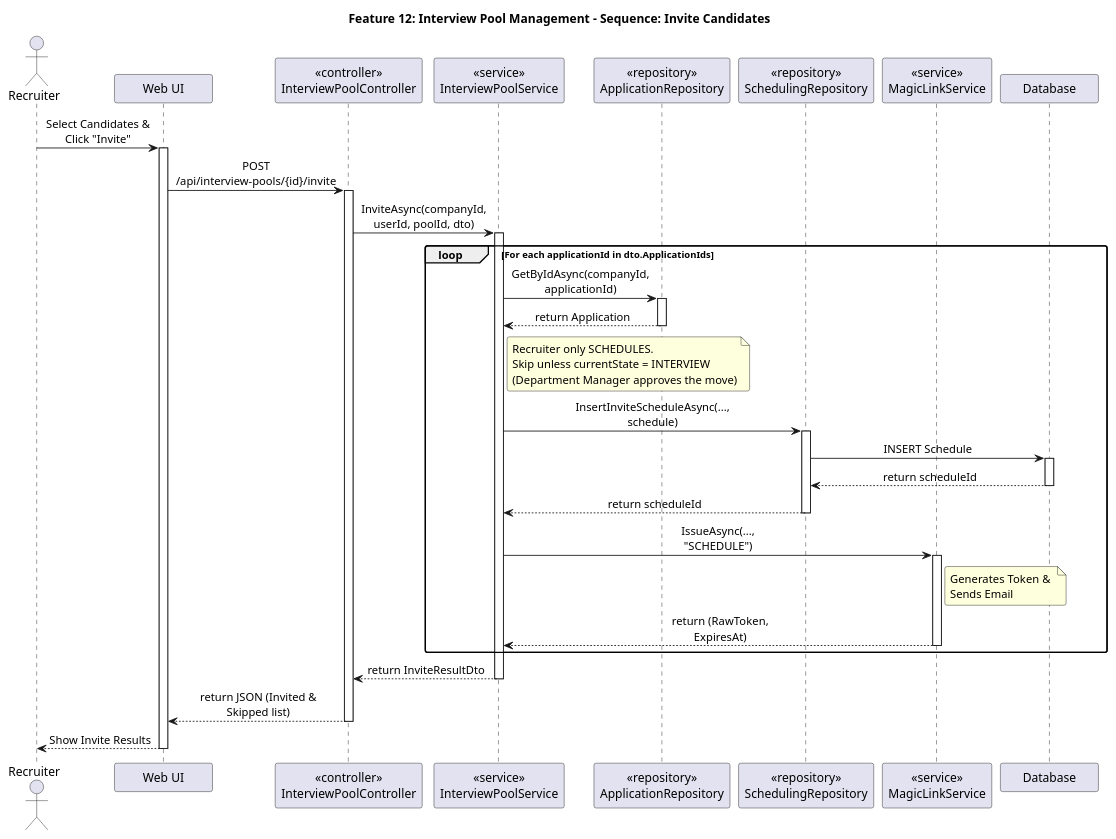
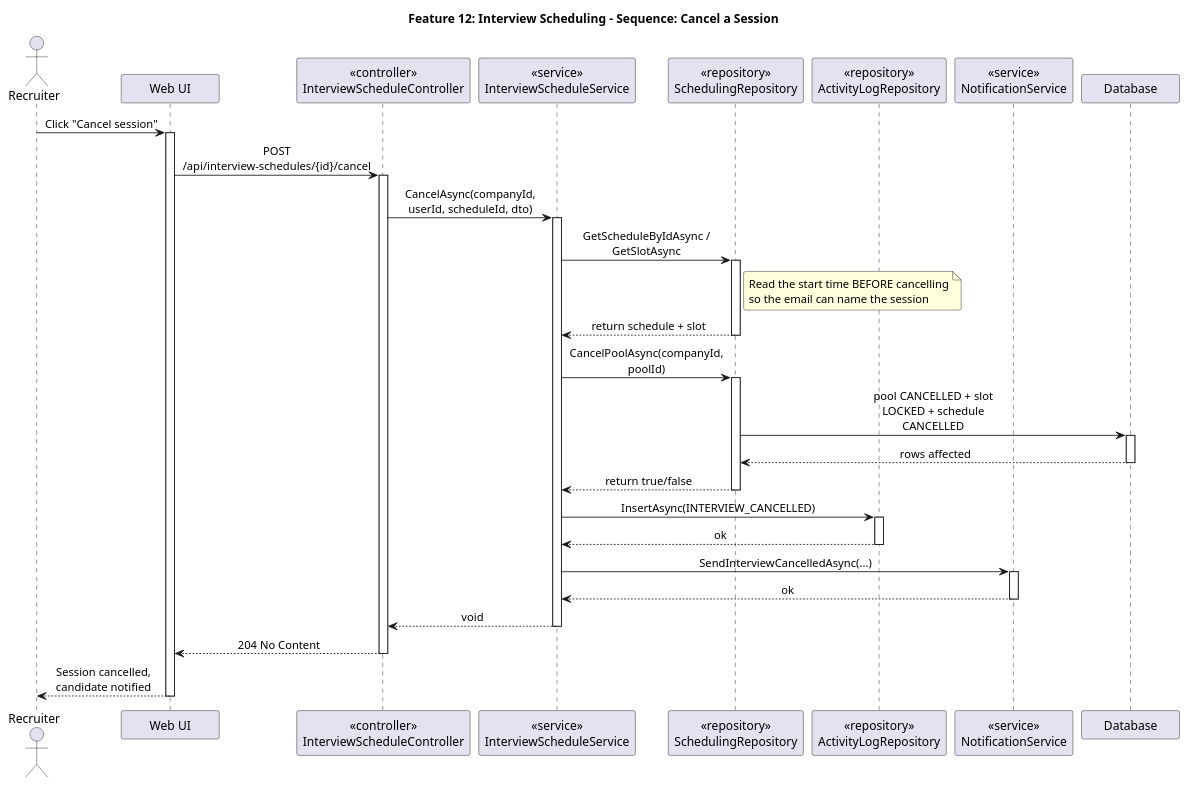
Before and after one commit to xXIOrehIXx/SRIS-Smart-Recruitment-and-Interview-System: the diagram in Development/backend/docs/features/feature12_seq_2.puml, drawn with PlantUML. The commit also changed 72 other files, not shown here.

First line of the commit message:
feat(pipeline): add Director role and drop candidate self-scheduling

```diff
--- a/Development/backend/docs/features/feature12_seq_2.puml
+++ b/Development/backend/docs/features/feature12_seq_2.puml
@@ -1,59 +1,60 @@
 @startuml Feature12_Seq_2
 skinparam maxMessageSize 150
 skinparam sequenceMessageAlign center
 skinparam roundcorner 5
 skinparam minClassWidth 100
 
-title **Feature 12: Interview Pool Management - Sequence: Invite Candidates**
+title **Feature 12: Interview Scheduling - Sequence: Cancel a Session**
 
 actor Recruiter
 participant "Web UI" as UI
-participant "<<controller>>\nInterviewPoolController" as Ctrl
-participant "<<service>>\nInterviewPoolService" as Svc
-participant "<<repository>>\nApplicationRepository" as AppRepo
+participant "<<controller>>\nInterviewScheduleController" as Ctrl
+participant "<<service>>\nInterviewScheduleService" as Svc
 participant "<<repository>>\nSchedulingRepository" as Repo
-participant "<<service>>\nMagicLinkService" as MagicLink
+participant "<<repository>>\nActivityLogRepository" as LogRepo
+participant "<<service>>\nNotificationService" as Notify
 participant "Database" as DB
 
-Recruiter -> UI: Select Candidates & Click "Invite"
+Recruiter -> UI: Click "Cancel session"
 activate UI
 
-UI -> Ctrl: POST /api/interview-pools/{id}/invite
+UI -> Ctrl: POST /api/interview-schedules/{id}/cancel
 activate Ctrl
 
-Ctrl -> Svc: InviteAsync(companyId, userId, poolId, dto)
+Ctrl -> Svc: CancelAsync(companyId, userId, scheduleId, dto)
 activate Svc
 
-loop For each applicationId in dto.ApplicationIds
-    Svc -> AppRepo: GetByIdAsync(companyId, applicationId)
-    activate AppRepo
-    AppRepo --> Svc: return Application
-    deactivate AppRepo
+Svc -> Repo: GetScheduleByIdAsync / GetSlotAsync
+activate Repo
+note right of Repo: Read the start time BEFORE cancelling\nso the email can name the session
+Repo --> Svc: return schedule + slot
+deactivate Repo
 
-    note right of Svc: Recruiter only SCHEDULES.\nSkip unless currentState = INTERVIEW\n(Department Manager approves the move)
+Svc -> Repo: CancelPoolAsync(companyId, poolId)
+activate Repo
+Repo -> DB: pool CANCELLED + slot LOCKED + schedule CANCELLED
+activate DB
+DB --> Repo: rows affected
+deactivate DB
+Repo --> Svc: return true/false
+deactivate Repo
 
-    Svc -> Repo: InsertInviteScheduleAsync(..., schedule)
-    activate Repo
-    Repo -> DB: INSERT Schedule
-    activate DB
-    DB --> Repo: return scheduleId
-    deactivate DB
-    Repo --> Svc: return scheduleId
-    deactivate Repo
+Svc -> LogRepo: InsertAsync(INTERVIEW_CANCELLED)
+activate LogRepo
+LogRepo --> Svc: ok
+deactivate LogRepo
 
-    Svc -> MagicLink: IssueAsync(..., "SCHEDULE")
-    activate MagicLink
-    note right of MagicLink: Generates Token & \nSends Email
-    MagicLink --> Svc: return (RawToken, ExpiresAt)
-    deactivate MagicLink
-end
+Svc -> Notify: SendInterviewCancelledAsync(...)
+activate Notify
+Notify --> Svc: ok
+deactivate Notify
 
-Svc --> Ctrl: return InviteResultDto
+Svc --> Ctrl: void
 deactivate Svc
 
-Ctrl --> UI: return JSON (Invited & Skipped list)
+Ctrl --> UI: 204 No Content
 deactivate Ctrl
 
-UI --> Recruiter: Show Invite Results
+UI --> Recruiter: Session cancelled, candidate notified
 deactivate UI
 @enduml
```
